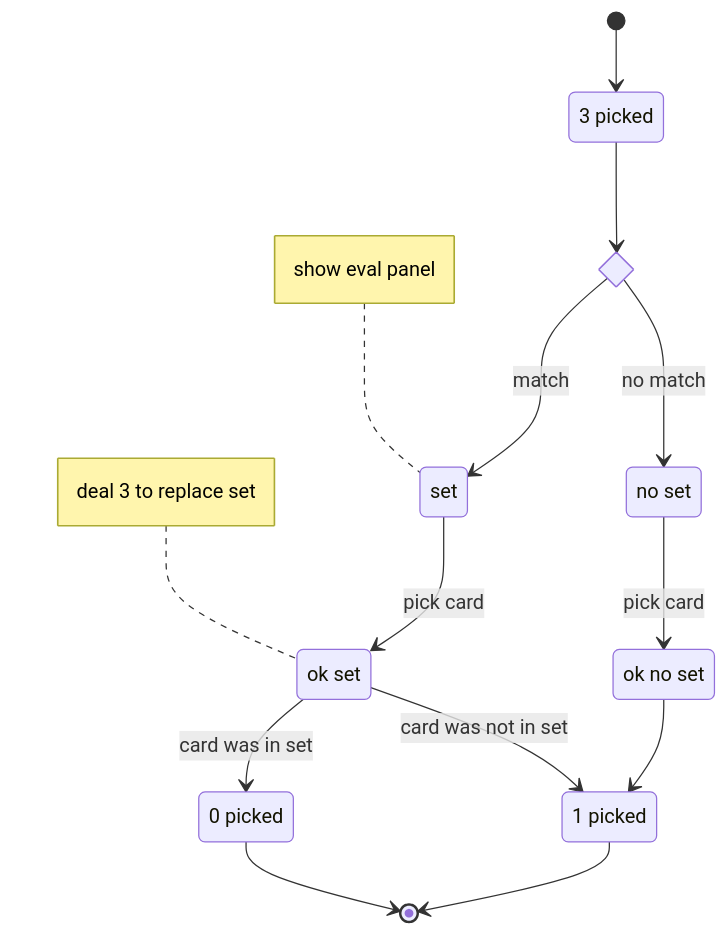
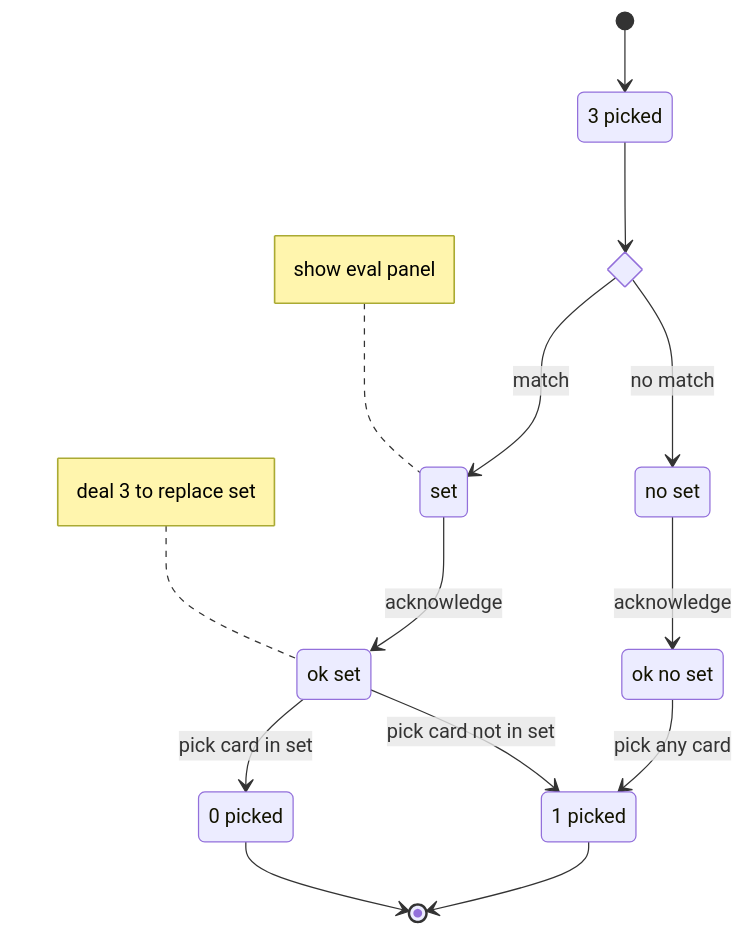
One commit to sarah-j-smith/cs193p-tuto changed the third of 3 diagrams in assign3-xtra/README.md. Above: the diagram before and after it, drawn with Mermaid. The commit also changed 20 other files, not shown here.

````diff
--- a/assign3-xtra/README.md
+++ b/assign3-xtra/README.md
@@ -158,28 +158,28 @@
 ```mermaid
 stateDiagram-v2
     state "3 picked" as a
     state "set" as m
     state "no set" as n
     note left of m
        show eval panel
     end note
     state "0 picked" as p
     state "1 picked" as q
     state b <<choice>>
     state "ok set" as c
     state "ok no set" as d
     note left of c
        deal 3 to replace set
     end note
     [*] --> a
     a --> b
     b --> m: match
     b --> n: no match
-    m --> c: pick card
-    n --> d: pick card
-    c --> p: card was in set
-    c --> q: card was not in set
-    d --> q
+    m --> c: acknowledge
+    n --> d: acknowledge
+    c --> p: pick card in set
+    c --> q: pick card not in set
+    d --> q: pick any card
     p --> [*]
     q --> [*]
 ```
````
